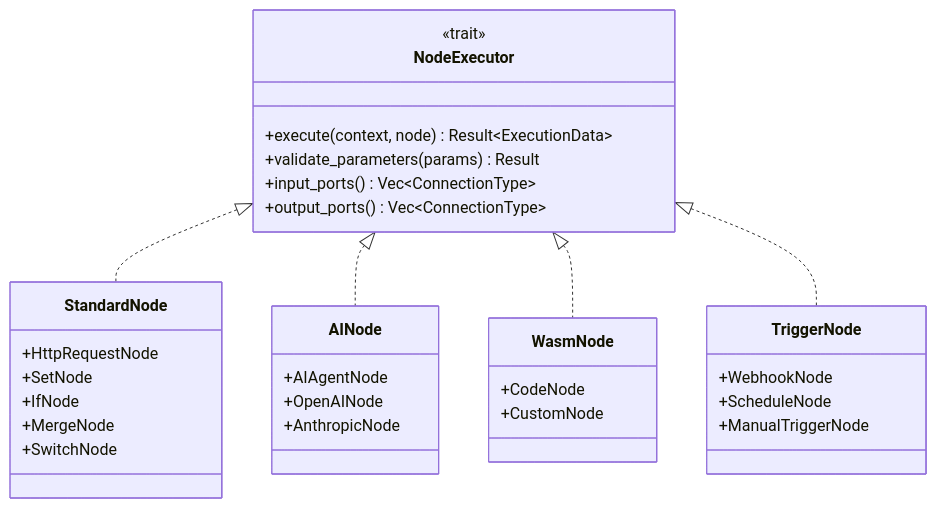
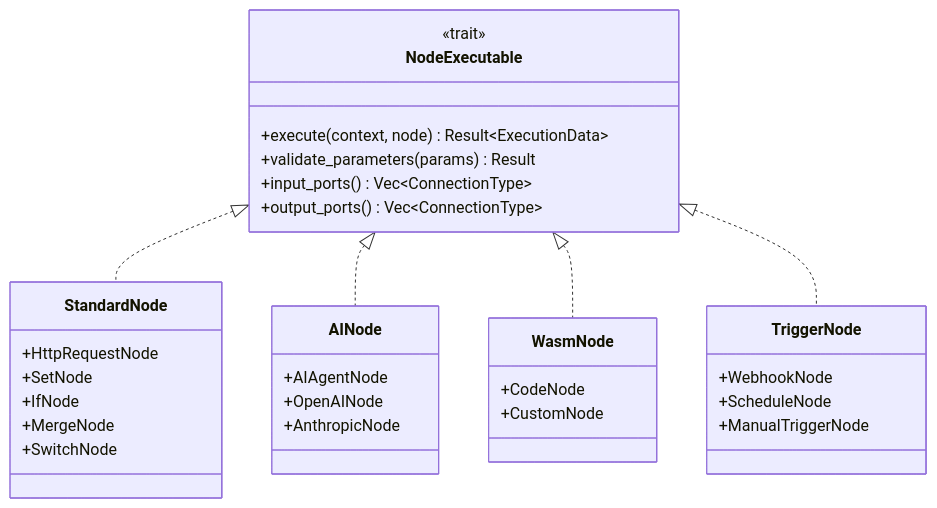
Before and after one commit to fusion-data/fusion-data: the diagram in hetumind/hetumind-docs/src/design/04-node-system.md, drawn with Mermaid. The commit also changed other lines of this file and 420 other files, not shown here.

````diff
--- a/hetumind/hetumind-docs/src/design/04-node-system.md
+++ b/hetumind/hetumind-docs/src/design/04-node-system.md
@@ -10,40 +10,40 @@
 ```mermaid
 classDiagram
-    class NodeExecutor {
+    class NodeExecutable {
         <<trait>>
         +execute(context, node) Result~ExecutionData~
         +validate_parameters(params) Result
         +input_ports() Vec~ConnectionType~
         +output_ports() Vec~ConnectionType~
     }
 
     class StandardNode {
         +HttpRequestNode
         +SetNode
         +IfNode
         +MergeNode
         +SwitchNode
     }
 
     class AINode {
         +AIAgentNode
         +OpenAINode
         +AnthropicNode
     }
 
     class WasmNode {
         +CodeNode
         +CustomNode
     }
 
     class TriggerNode {
         +WebhookNode
         +ScheduleNode
         +ManualTriggerNode
     }
 
-    NodeExecutor <|.. StandardNode
-    NodeExecutor <|.. AINode
-    NodeExecutor <|.. WasmNode
-    NodeExecutor <|.. TriggerNode
+    NodeExecutable <|.. StandardNode
+    NodeExecutable <|.. AINode
+    NodeExecutable <|.. WasmNode
+    NodeExecutable <|.. TriggerNode
 ```
````
